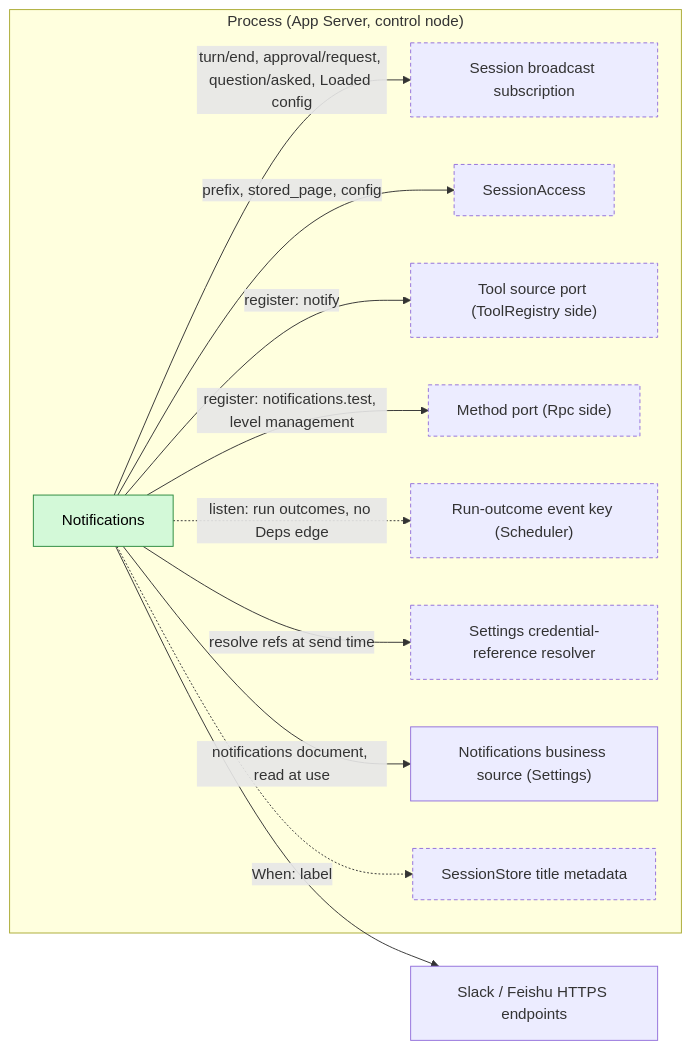
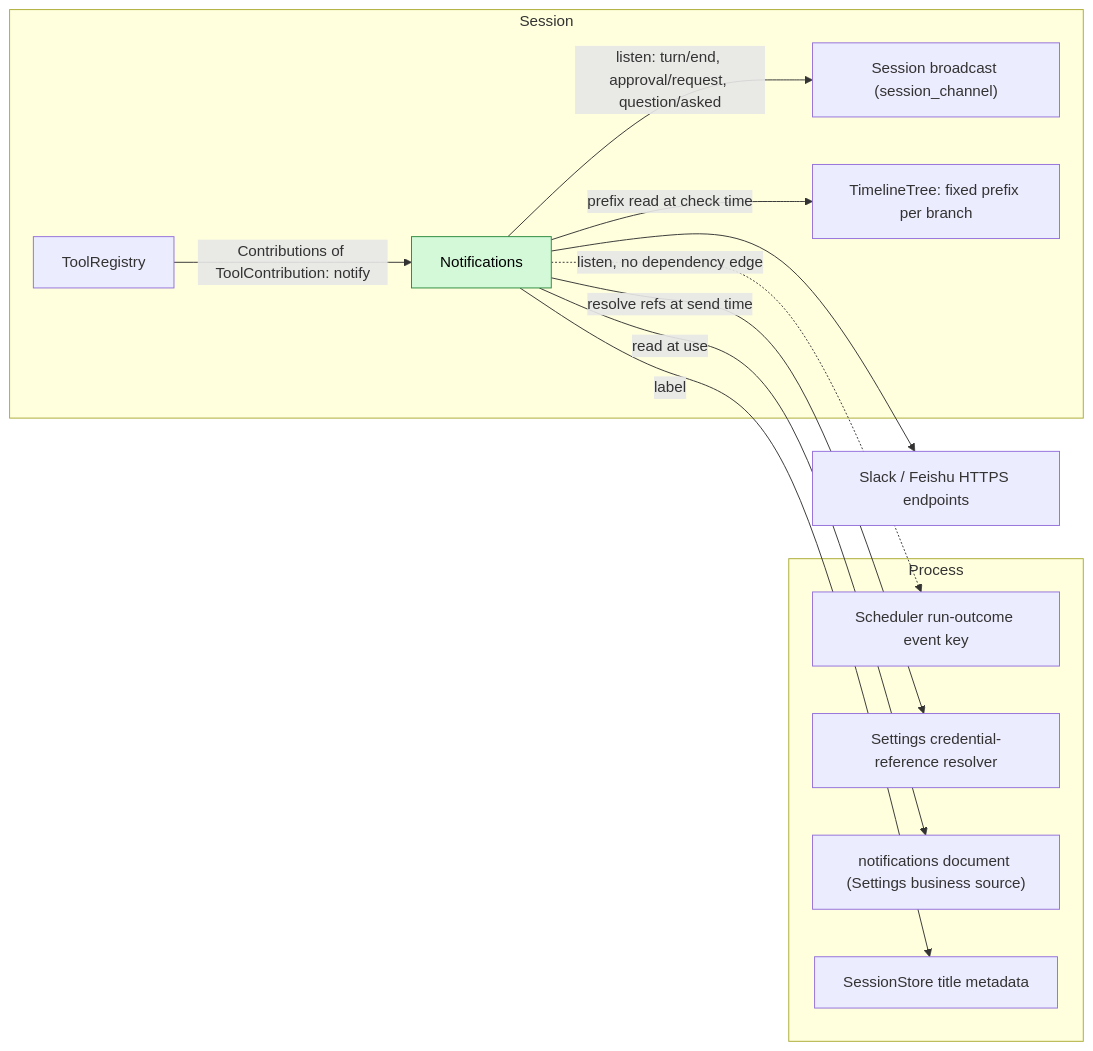
The first of 6 diagrams in docs/design/plugins/Notifications.md (CoutinhoTTS/dim-agent), drawn with Mermaid before and after one commit. The commit also changed other lines of this file and 3 other files, not shown here.

Commit message:
docs(design): rescope Web, SessionTitle, Notifications and Hooks per ADR 002

````diff
--- a/docs/design/plugins/Notifications.md
+++ b/docs/design/plugins/Notifications.md
@@ -9,26 +9,25 @@
 ```mermaid
 flowchart LR
-  subgraph PROC["Process (App Server, control node)"]
+  subgraph PROC["Process"]
+    RO["Scheduler run-outcome event key"]
+    CRED["Settings credential-reference resolver"]
+    Settings["notifications document (Settings business source)"]
+    META["SessionStore title metadata"]
+  end
+  subgraph SESS["Session"]
     NP["Notifications"]:::new
-    SE["Session broadcast subscription"]:::contract
-    SA["SessionAccess"]:::contract
-    PTR["Tool source port (ToolRegistry side)"]:::contract
-    MGR["Method port (Rpc side)"]:::contract
-    RO["Run-outcome event key (Scheduler)"]:::contract
-    CRED["Settings credential-reference resolver"]:::contract
-    Settings["Notifications business source (Settings)"]
-    META["SessionStore title metadata"]:::contract
+    SB["Session broadcast (session_channel)"]
+    TT["TimelineTree: fixed prefix per branch"]
+    TR["ToolRegistry"]
   end
   EXT["Slack / Feishu HTTPS endpoints"]
-  NP -->|"turn/end, approval/request, question/asked, Loaded config"| SE
-  NP -->|"prefix, stored_page, config"| SA
-  NP -->|"register: notify"| PTR
-  NP -->|"register: notifications.test, level management"| MGR
-  NP -.->|"listen: run outcomes, no Deps edge"| RO
+  NP -->|"listen: turn/end, approval/request, question/asked"| SB
+  NP -->|"prefix read at check time"| TT
+  TR -->|"Contributions of ToolContribution: notify"| NP
+  NP -.->|"listen, no dependency edge"| RO
   NP -->|"resolve refs at send time"| CRED
-  NP -->|"notifications document, read at use"| Settings
-  NP -.->|"When: label"| META
+  NP -->|"read at use"| Settings
+  NP -->|"label"| META
   NP --> EXT
   classDef new fill:#d3f9d8,stroke:#2b8a3e,color:#000
-  classDef contract stroke-dasharray:4 3
 ```
````
